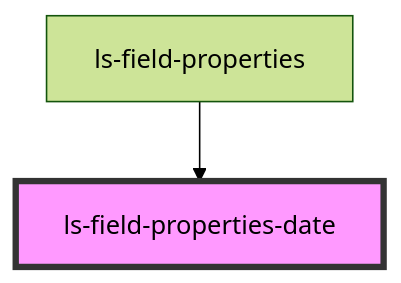
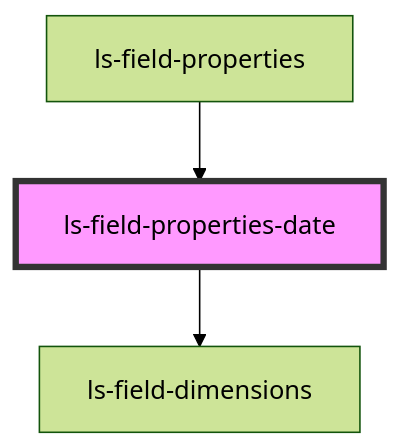
One commit to legalesign/ls-document-viewer changed the diagram in src/components/ls-field-properties-date/readme.md. Above: the diagram before and after it, drawn with Mermaid (forest theme). The commit also changed other lines of this file and 38 other files, not shown here.

````diff
--- a/src/components/ls-field-properties-date/readme.md
+++ b/src/components/ls-field-properties-date/readme.md
@@ -22,5 +26,6 @@
 ```mermaid
 graph TD;
+  ls-field-properties-date --> ls-field-dimensions
   ls-field-properties --> ls-field-properties-date
   style ls-field-properties-date fill:#f9f,stroke:#333,stroke-width:4px
 ```
````
